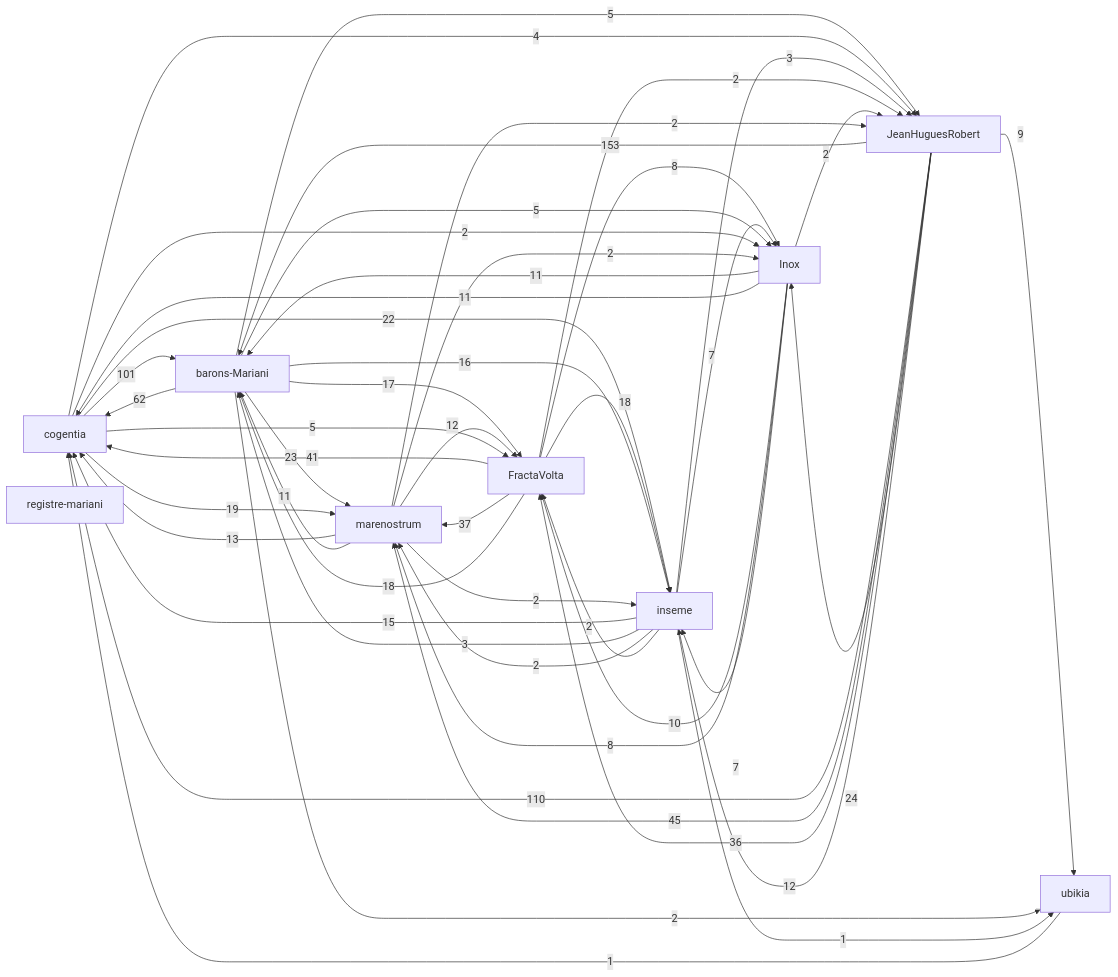
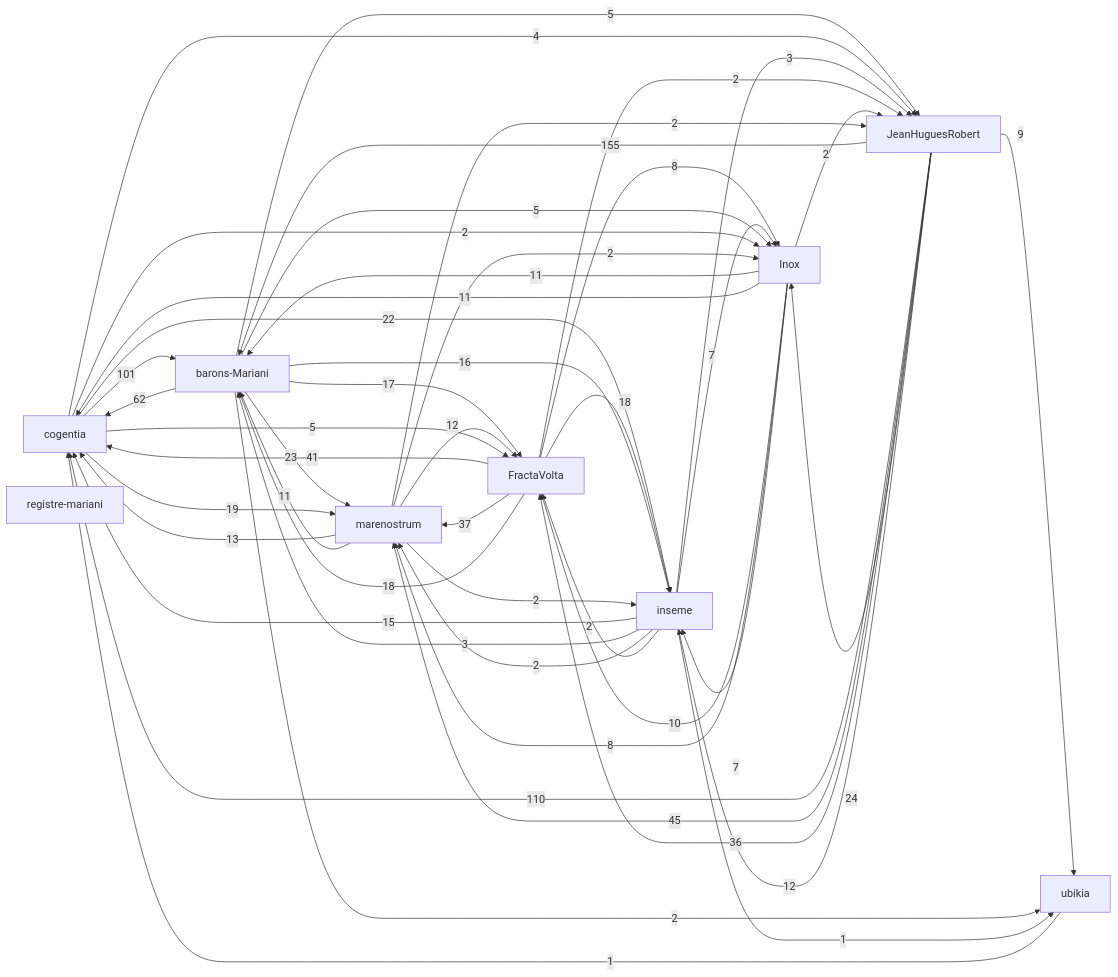
The first of 2 diagrams in research/corpus-status.md (JeanHuguesRobert/ubikia), drawn with Mermaid before and after one commit.

Commit message:
Refresh corpus graph for doctrinal kernel

````diff
--- a/research/corpus-status.md
+++ b/research/corpus-status.md
@@ -29,58 +29,58 @@
 ```mermaid
 graph LR
   r_cogentia["cogentia"]
   r_fractavolta["FractaVolta"]
   r_marenostrum["marenostrum"]
   r_barons_mariani["barons-Mariani"]
   r_inseme["inseme"]
   r_inox["Inox"]
   r_registre_mariani["registre-mariani"]
   r_ubikia["ubikia"]
   r_jeanhuguesrobert["JeanHuguesRobert"]
-  r_jeanhuguesrobert -->|153| r_barons_mariani
+  r_jeanhuguesrobert -->|155| r_barons_mariani
   r_jeanhuguesrobert -->|110| r_cogentia
   r_cogentia -->|101| r_barons_mariani
   r_barons_mariani -->|62| r_cogentia
   r_jeanhuguesrobert -->|45| r_marenostrum
   r_fractavolta -->|41| r_cogentia
   r_fractavolta -->|37| r_marenostrum
   r_jeanhuguesrobert -->|36| r_fractavolta
   r_jeanhuguesrobert -->|24| r_inox
   r_barons_mariani -->|23| r_marenostrum
   r_cogentia -->|22| r_inseme
   r_cogentia -->|19| r_marenostrum
   r_fractavolta -->|18| r_inseme
   r_fractavolta -->|18| r_barons_mariani
   r_barons_mariani -->|17| r_fractavolta
   r_barons_mariani -->|16| r_inseme
   r_inseme -->|15| r_cogentia
   r_marenostrum -->|13| r_cogentia
   r_jeanhuguesrobert -->|12| r_inseme
   r_marenostrum -->|12| r_fractavolta
   r_inox -->|11| r_barons_mariani
   r_inox -->|11| r_cogentia
   r_marenostrum -->|11| r_barons_mariani
   r_inox -->|10| r_fractavolta
   r_jeanhuguesrobert -->|9| r_ubikia
   r_fractavolta -->|8| r_inox
   r_inox -->|8| r_marenostrum
   r_inox -->|7| r_inseme
   r_inseme -->|7| r_inox
   r_barons_mariani -->|5| r_inox
   r_barons_mariani -->|5| r_jeanhuguesrobert
   r_cogentia -->|5| r_fractavolta
   r_cogentia -->|4| r_jeanhuguesrobert
   r_inseme -->|3| r_barons_mariani
   r_inseme -->|3| r_jeanhuguesrobert
   r_barons_mariani -->|2| r_ubikia
   r_cogentia -->|2| r_inox
   r_fractavolta -->|2| r_jeanhuguesrobert
   r_inox -->|2| r_jeanhuguesrobert
   r_inseme -->|2| r_marenostrum
   r_inseme -->|2| r_fractavolta
   r_marenostrum -->|2| r_jeanhuguesrobert
   r_marenostrum -->|2| r_inseme
   r_marenostrum -->|2| r_inox
   r_inseme -->|1| r_ubikia
   r_ubikia -->|1| r_cogentia
 ```
````
